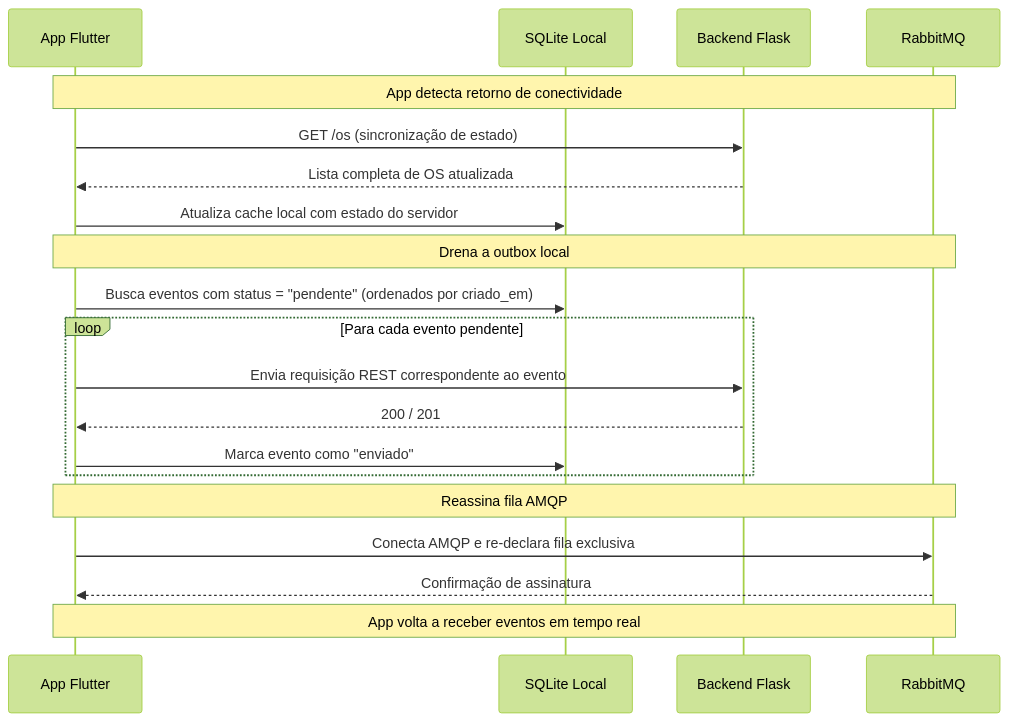
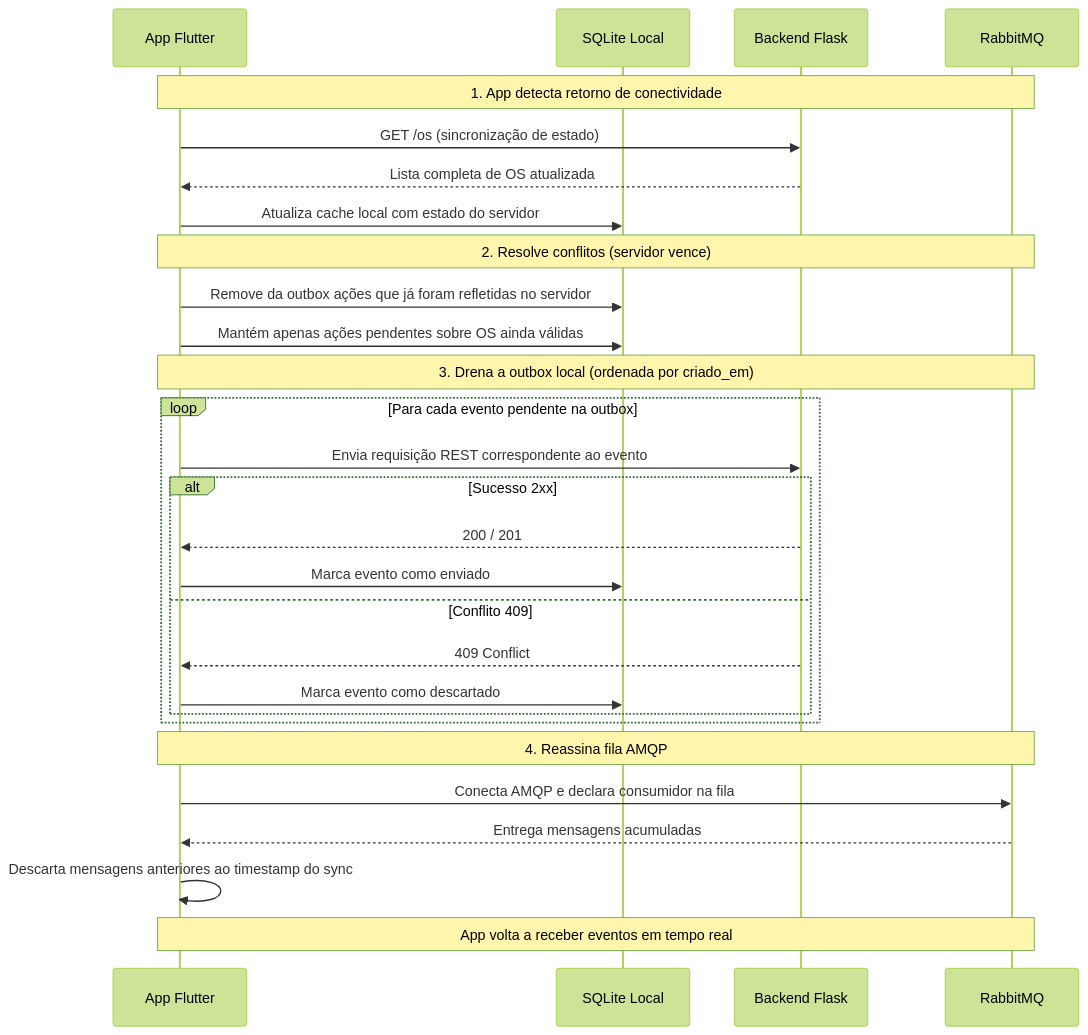
The fourth of 11 diagrams in docs/sprint1/arquitetura.md (art1544/PlantOS-LAMD), drawn with Mermaid (forest theme) before and after one commit. The commit also changed other lines of this file and 36 other files, not shown here.

````diff
--- a/docs/sprint1/arquitetura.md
+++ b/docs/sprint1/arquitetura.md
@@ -155,25 +155,34 @@
 ```mermaid
 sequenceDiagram
     participant App as App Flutter
     participant DB_L as SQLite Local
     participant API as Backend Flask
     participant MQ as RabbitMQ
 
-    Note over App,MQ: App detecta retorno de conectividade
+    Note over App,MQ: 1. App detecta retorno de conectividade
     App->>API: GET /os (sincronização de estado)
     API-->>App: Lista completa de OS atualizada
     App->>DB_L: Atualiza cache local com estado do servidor
 
-    Note over App,MQ: Drena a outbox local
-    App->>DB_L: Busca eventos com status = "pendente" (ordenados por criado_em)
-    loop Para cada evento pendente
+    Note over App,MQ: 2. Resolve conflitos (servidor vence)
+    App->>DB_L: Remove da outbox ações que já foram refletidas no servidor
+    App->>DB_L: Mantém apenas ações pendentes sobre OS ainda válidas
+
+    Note over App,MQ: 3. Drena a outbox local (ordenada por criado_em)
+    loop Para cada evento pendente na outbox
         App->>API: Envia requisição REST correspondente ao evento
-        API-->>App: 200 / 201
-        App->>DB_L: Marca evento como "enviado"
+        alt Sucesso 2xx
+            API-->>App: 200 / 201
+            App->>DB_L: Marca evento como enviado
+        else Conflito 409
+            API-->>App: 409 Conflict
+            App->>DB_L: Marca evento como descartado
+        end
     end
 
-    Note over App,MQ: Reassina fila AMQP
-    App->>MQ: Conecta AMQP e re-declara fila exclusiva
-    MQ-->>App: Confirmação de assinatura
+    Note over App,MQ: 4. Reassina fila AMQP
+    App->>MQ: Conecta AMQP e declara consumidor na fila
+    MQ-->>App: Entrega mensagens acumuladas
+    App->>App: Descarta mensagens anteriores ao timestamp do sync
     Note over App,MQ: App volta a receber eventos em tempo real
 ```
````
